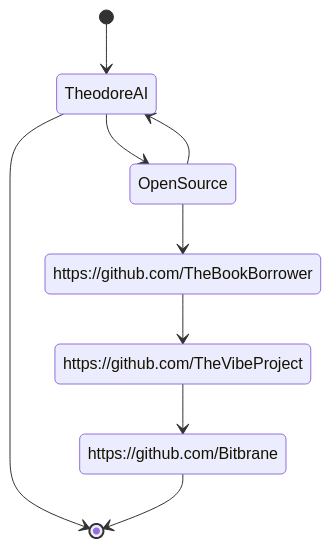
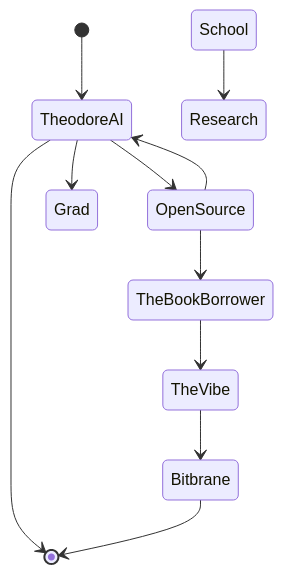
One commit to TheodoreAI/TheodoreAI changed the diagram in README.md. Above: the diagram before and after it, drawn with Mermaid.

````diff
--- a/README.md
+++ b/README.md
@@ -14,16 +14,15 @@
  ```mermaid
   stateDiagram-v2
   [*] --> TheodoreAI
   TheodoreAI --> [*]
 
   TheodoreAI --> OpenSource
+  TheodoreAI --> Grad School
+  Grad School --> Research
   OpenSource --> TheodoreAI
   OpenSource --> TheBookBorrower
   TheBookBorrower --> TheVibe
   TheVibe --> Bitbrane
   Bitbrane --> [*]
   
-  TheBookBorrower: https://github.com/TheBookBorrower
-  TheVibe: https://github.com/TheVibeProject
-  Bitbrane: https://github.com/Bitbrane
 ```
````
